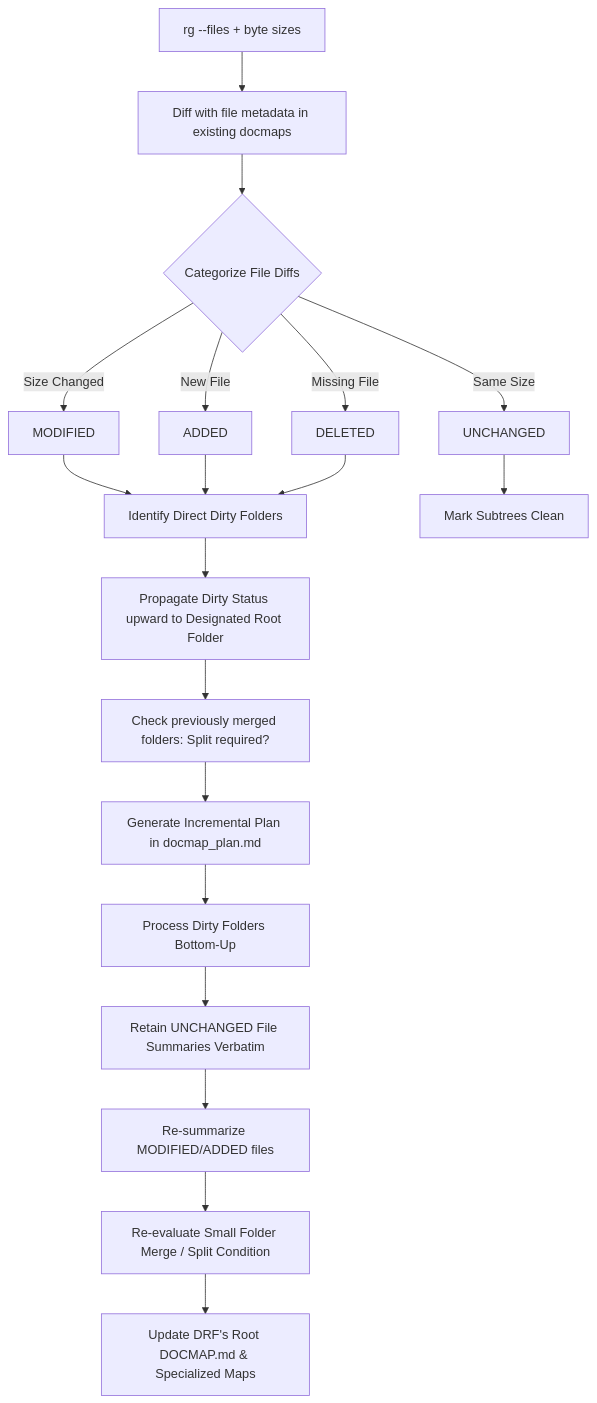
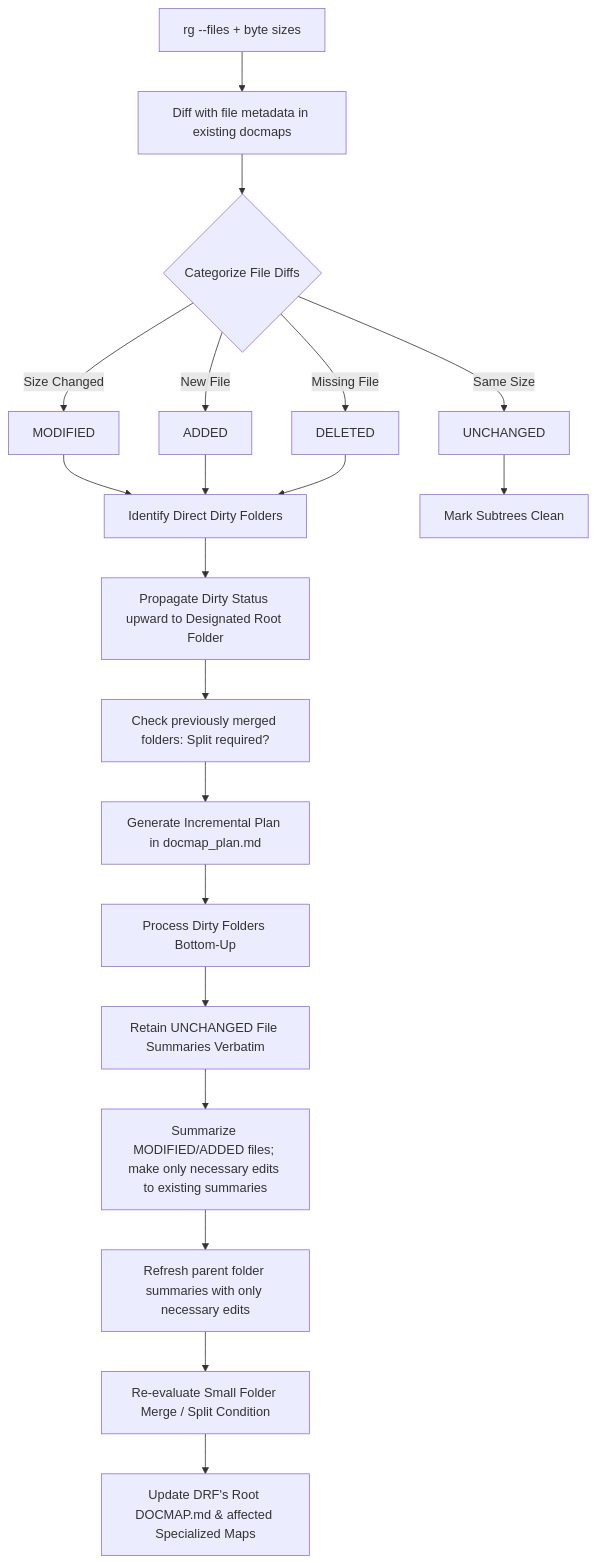
One commit to nitinbhide/tcaitoolkit changed the third of 3 diagrams in docs/agentskills/repo-nav/repo-nav-design.md. Above: the diagram before and after it, drawn with Mermaid. The commit also changed other lines of this file and 2 other files, not shown here.

Commit message:
improved the skill to ensure that incremental update do not make large scale changes in file and folder summaries.

````diff
--- a/docs/agentskills/repo-nav/repo-nav-design.md
+++ b/docs/agentskills/repo-nav/repo-nav-design.md
@@ -286,22 +286,23 @@
 ```mermaid
 flowchart TD
     A[rg --files + byte sizes] --> B[Diff with file metadata in existing docmaps]
     B --> C{Categorize File Diffs}
     C -->|Size Changed| D[MODIFIED]
     C -->|New File| E[ADDED]
     C -->|Missing File| F[DELETED]
     C -->|Same Size| G[UNCHANGED]
     
     D & E & F --> H[Identify Direct Dirty Folders]
     G --> I[Mark Subtrees Clean]
     
     H --> J[Propagate Dirty Status upward to Designated Root Folder]
     J --> K[Check previously merged folders: Split required?]
     K --> L[Generate Incremental Plan in docmap_plan.md]
     
     L --> M[Process Dirty Folders Bottom-Up]
     M --> N[Retain UNCHANGED File Summaries Verbatim]
-    N --> O[Re-summarize MODIFIED/ADDED files]
-    O --> P[Re-evaluate Small Folder Merge / Split Condition]
-    P --> Q[Update DRF's Root DOCMAP.md & Specialized Maps]
+    N --> O[Summarize MODIFIED/ADDED files; make only necessary edits to existing summaries]
+    O --> P[Refresh parent folder summaries with only necessary edits]
+    P --> Q[Re-evaluate Small Folder Merge / Split Condition]
+    Q --> R[Update DRF's Root DOCMAP.md & affected Specialized Maps]
 ```
````
